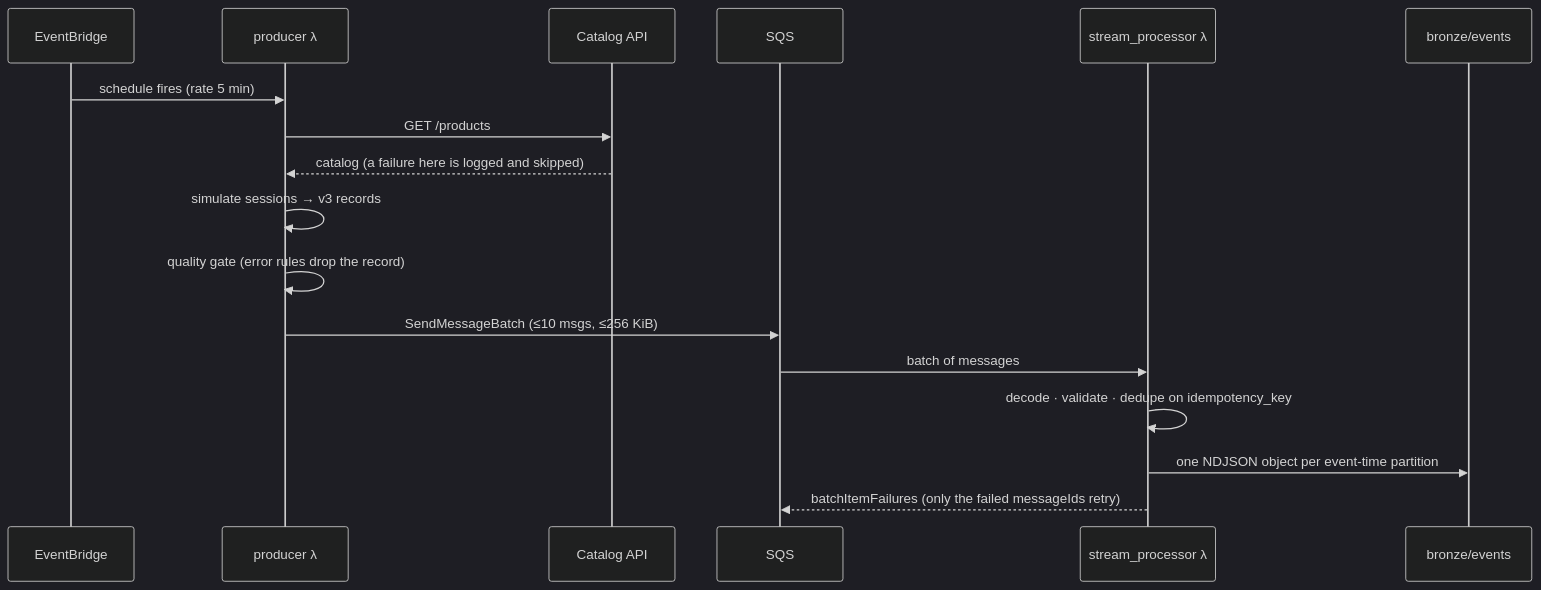
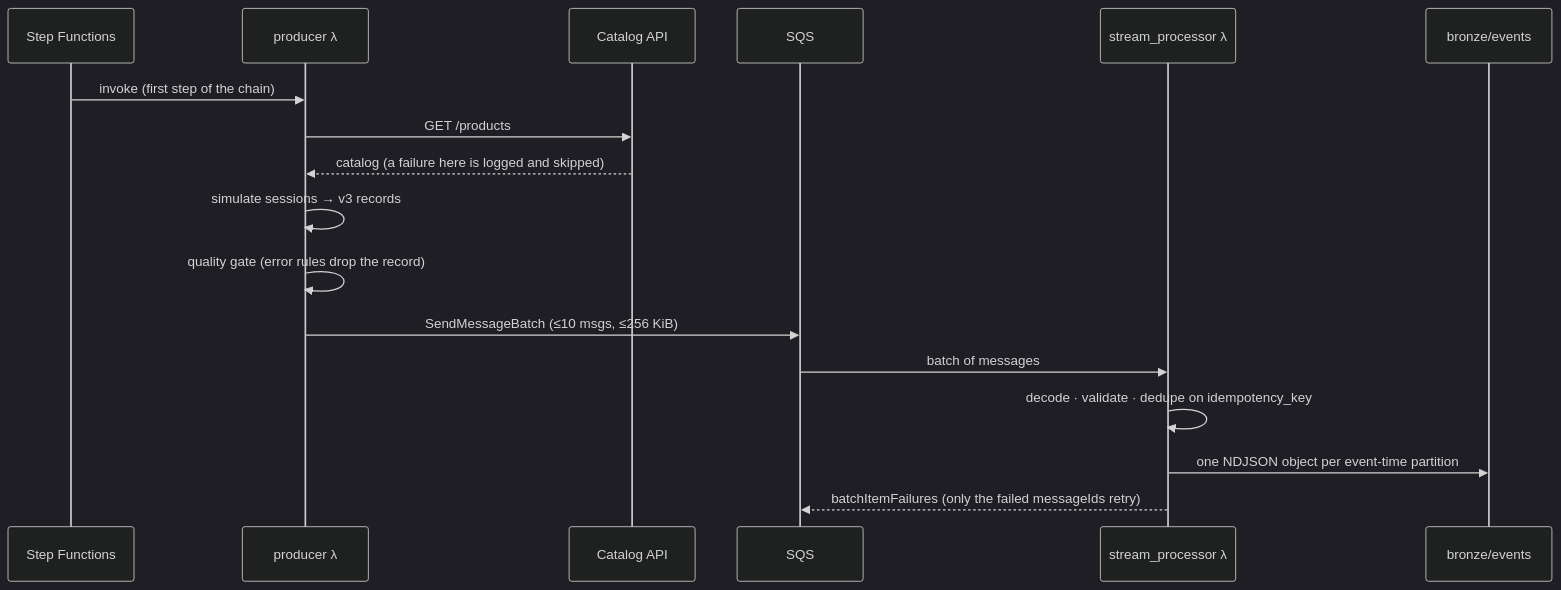
Before and after one commit to mohamedamine050/aws_data_eng_project: the fourth of 5 diagrams in README.md, drawn with Mermaid (dark theme). The commit also changed other lines of this file and 22 other files, not shown here.

````diff
--- a/README.md
+++ b/README.md
@@ -172,20 +167,20 @@
 ```mermaid
 sequenceDiagram
-    participant EB as EventBridge
+    participant EB as Step Functions
     participant P as producer λ
     participant API as Catalog API
     participant Q as SQS
     participant SP as stream_processor λ
     participant S3 as bronze/events
 
-    EB->>P: schedule fires (rate 5 min)
+    EB->>P: invoke (first step of the chain)
     P->>API: GET /products
     API-->>P: catalog (a failure here is logged and skipped)
     P->>P: simulate sessions → v3 records
     P->>P: quality gate (error rules drop the record)
     P->>Q: SendMessageBatch (≤10 msgs, ≤256 KiB)
     Q->>SP: batch of messages
     SP->>SP: decode · validate · dedupe on idempotency_key
     SP->>S3: one NDJSON object per event-time partition
     SP-->>Q: batchItemFailures (only the failed messageIds retry)
 ```
````
